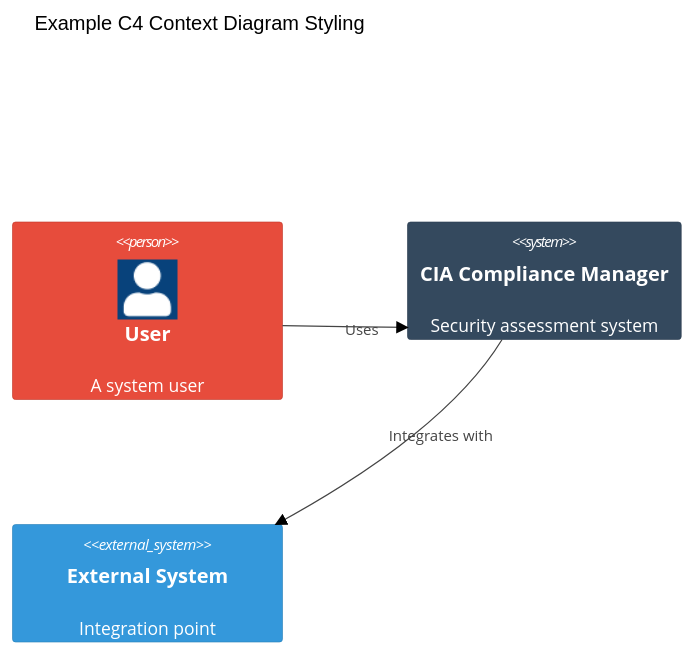
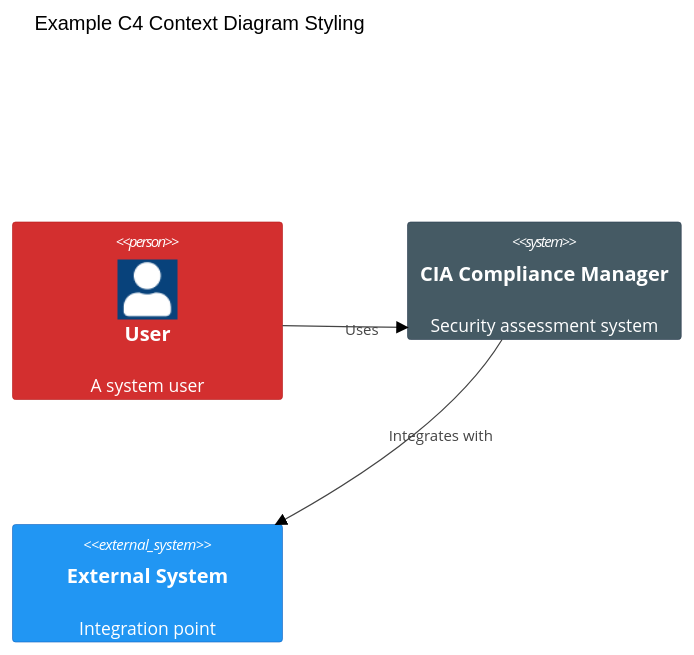
One commit to Hack23/cia-compliance-manager changed the third of 6 diagrams in docs/architecture/STYLE_GUIDE.md. Above: the diagram before and after it, drawn with Mermaid (neutral theme). The commit also changed other lines of this file and 18 other files, not shown here.

````diff
--- a/docs/architecture/STYLE_GUIDE.md
+++ b/docs/architecture/STYLE_GUIDE.md
@@ -140,17 +140,17 @@
 ```mermaid
 C4Context
   title Example C4 Context Diagram Styling
 
   Person(user, "User", "A system user")
   System(system, "CIA Compliance Manager", "Security assessment system")
   System_Ext(external, "External System", "Integration point")
 
   Rel(user, system, "Uses")
   Rel(system, external, "Integrates with")
 
   UpdateLayoutConfig($c4ShapeInRow="3", $c4BoundaryInRow="1")
 
-  UpdateElementStyle(user, $fontColor="white", $bgColor="#e74c3c", $borderColor="#c0392b")
-  UpdateElementStyle(system, $fontColor="white", $bgColor="#34495e", $borderColor="#2c3e50")
-  UpdateElementStyle(external, $fontColor="white", $bgColor="#3498db", $borderColor="#2980b9")
+  UpdateElementStyle(user, $fontColor="white", $bgColor="#D32F2F", $borderColor="#B71C1C")
+  UpdateElementStyle(system, $fontColor="white", $bgColor="#455A64", $borderColor="#2c3e50")
+  UpdateElementStyle(external, $fontColor="white", $bgColor="#2196F3", $borderColor="#1565C0")
 ```
````
